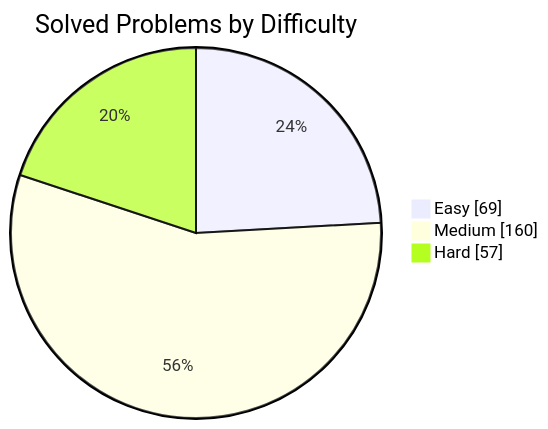
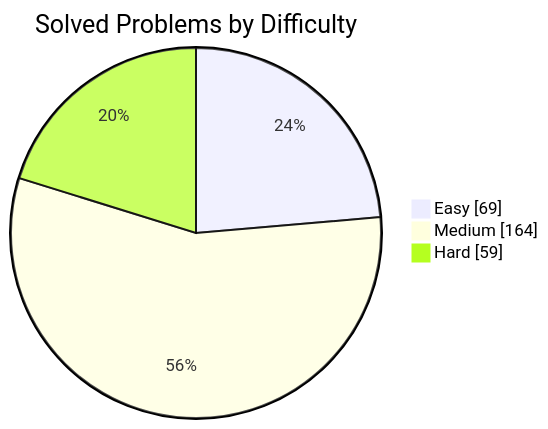
Before and after one commit to manikantbindass/DSA-Preparation-FAANG: the first of 2 diagrams in README.md, drawn with Mermaid. The commit also changed other lines of this file and 1 other file, not shown here.

````diff
--- a/README.md
+++ b/README.md
@@ -77,7 +77,7 @@
 ```mermaid
 pie showData
     title Solved Problems by Difficulty
     "Easy" : 69
-    "Medium" : 160
-    "Hard" : 57
+    "Medium" : 164
+    "Hard" : 59
 ```
````
